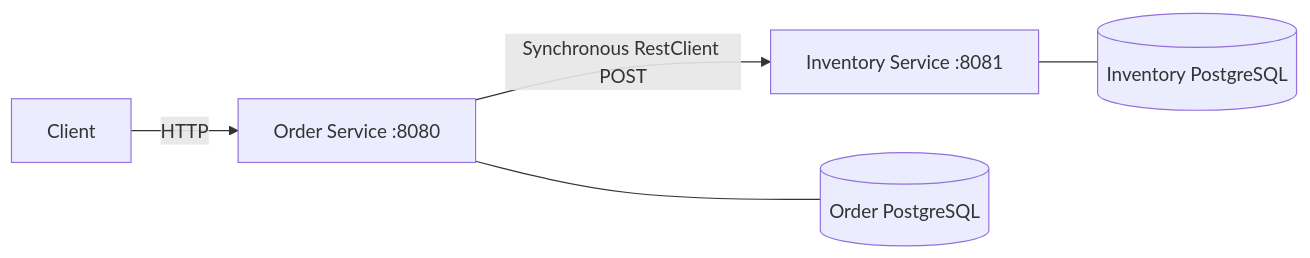
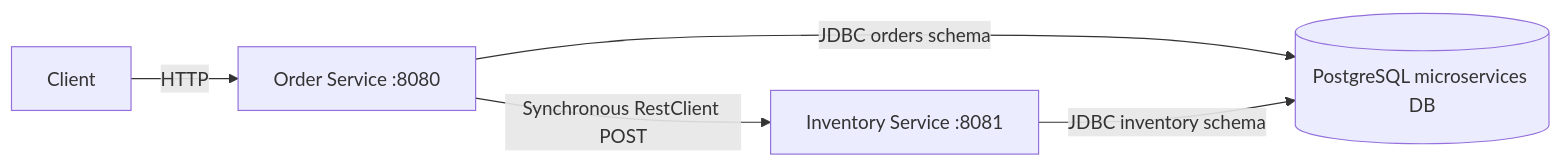
The diagram in docs/diagrams/services.mmd (Harsha-T-G/Spring-Microservices), drawn with Mermaid before and after one commit. The commit also changed 18 other files, not shown here.

Commit message:
feat: share PostgreSQL database across services

```diff
--- a/docs/diagrams/services.mmd
+++ b/docs/diagrams/services.mmd
@@ -1,5 +1,5 @@
 flowchart LR
     C[Client] -->|HTTP| O[Order Service :8080]
     O -->|Synchronous RestClient POST| I[Inventory Service :8081]
-    O --- OD[(Order PostgreSQL)]
-    I --- ID[(Inventory PostgreSQL)]
+    O -->|JDBC orders schema| DB[(PostgreSQL microservices DB)]
+    I -->|JDBC inventory schema| DB
```
